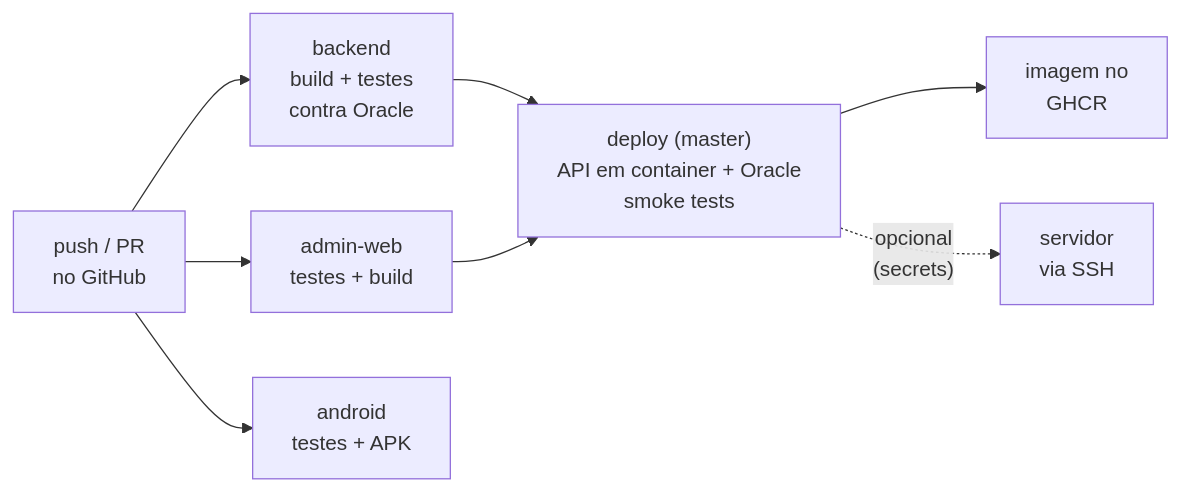
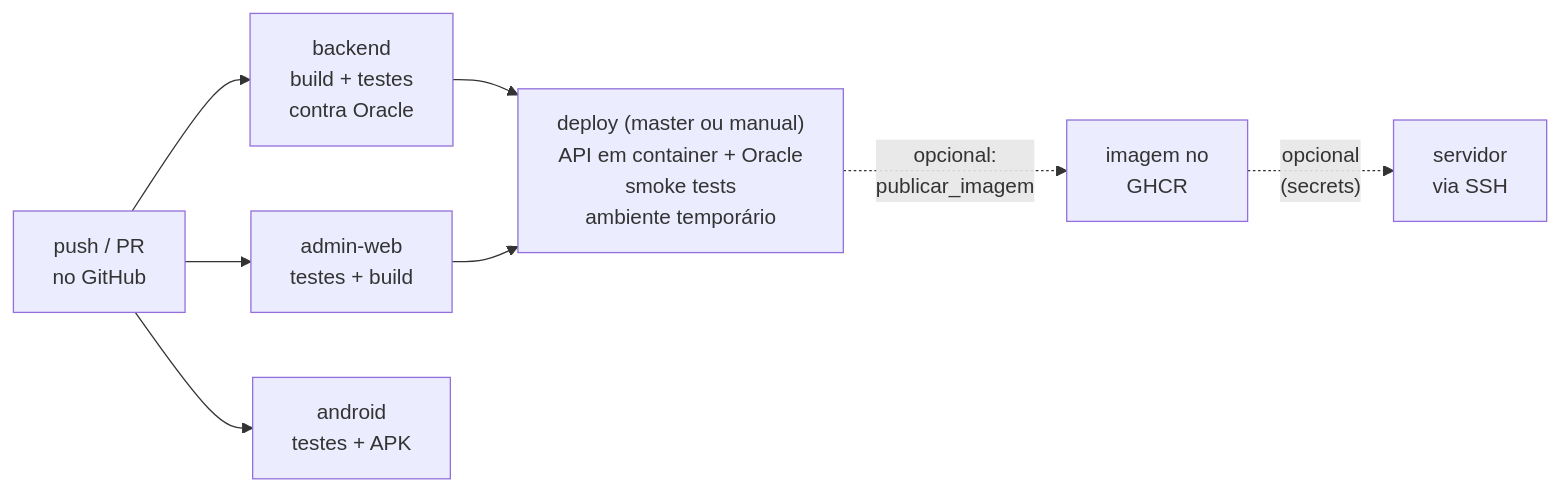
One commit to BFadiga/solidari changed the diagram in docs/img/pipeline-ci-cd.mmd. Above: the diagram before and after it, drawn with Mermaid. The commit also changed 4 other files, not shown here.

First line of the commit message:
ci: publicacao da imagem no GHCR passa a ser opcional (disparo manual)

```diff
--- a/docs/img/pipeline-ci-cd.mmd
+++ b/docs/img/pipeline-ci-cd.mmd
@@ -1,9 +1,9 @@
 flowchart LR
   G["push / PR<br/>no GitHub"] --> B1
   G --> B2
   G --> B3
   B1["backend<br/>build + testes<br/>contra Oracle"] --> DP
   B2["admin-web<br/>testes + build"] --> DP
   B3["android<br/>testes + APK"]
-  DP["deploy (master)<br/>API em container + Oracle<br/>smoke tests"] --> R["imagem no<br/>GHCR"]
-  DP -.->|"opcional<br/>(secrets)"| S["servidor<br/>via SSH"]
+  DP["deploy (master ou manual)<br/>API em container + Oracle<br/>smoke tests<br/>ambiente temporário"] -.->|"opcional:<br/>publicar_imagem"| R["imagem no<br/>GHCR"]
+  R -.->|"opcional<br/>(secrets)"| S["servidor<br/>via SSH"]
```
